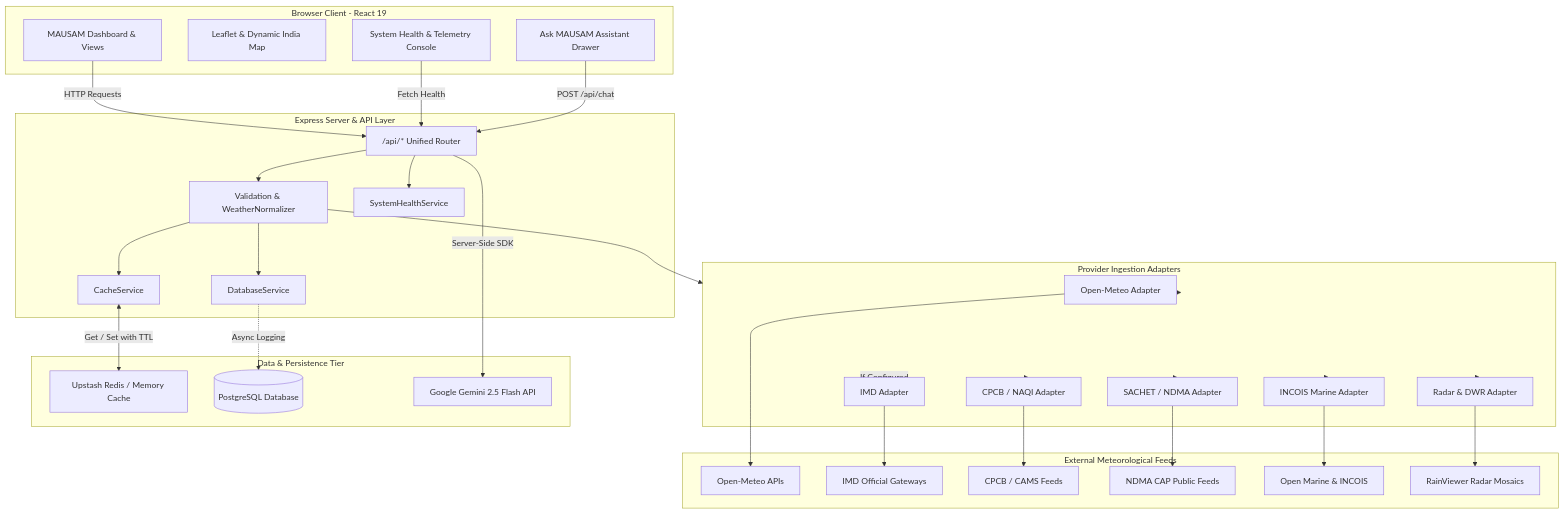
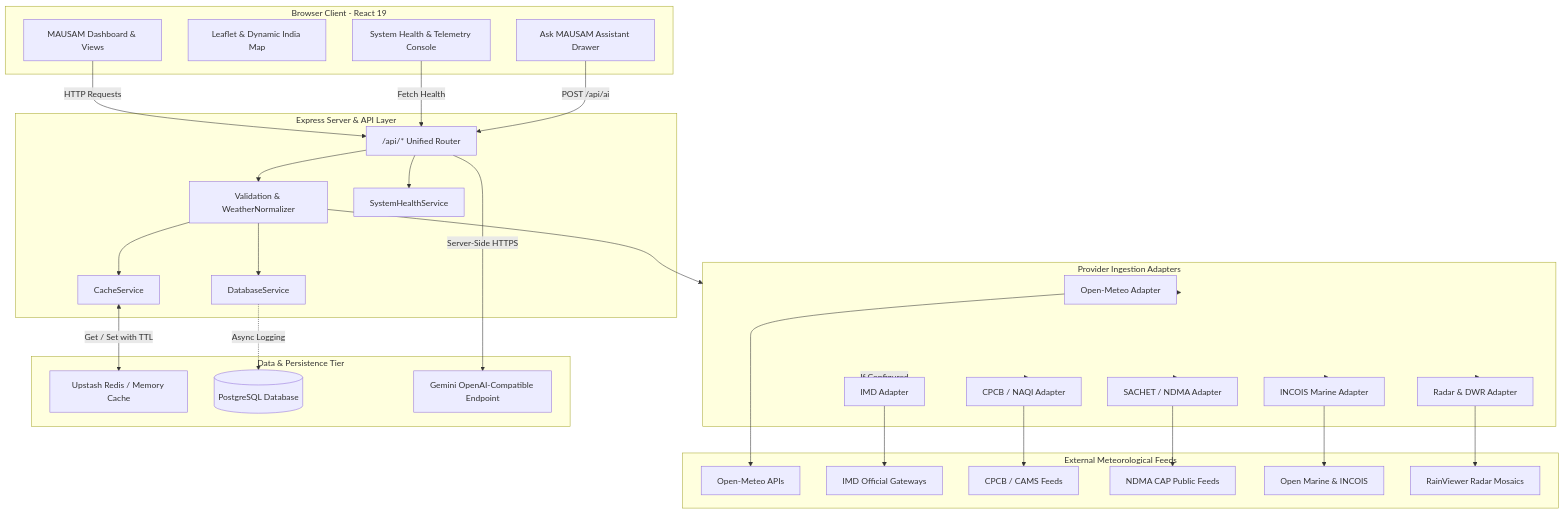
The diagram in README.md (codesbysayam/mausam_sih-26), drawn with Mermaid before and after one commit. The commit also changed other lines of this file and 49 other files, not shown here.

````diff
--- a/README.md
+++ b/README.md
@@ -131,64 +131,64 @@
 ```mermaid
 flowchart TD
     subgraph Client [Browser Client - React 19]
         UI[MAUSAM Dashboard & Views]
         Map[Leaflet & Dynamic India Map]
         Health[System Health & Telemetry Console]
         AskAI[Ask MAUSAM Assistant Drawer]
     end
 
     subgraph API_Layer [Express Server & API Layer]
         Router["/api/* Unified Router"]
         Norm[Validation & WeatherNormalizer]
         HealthSvc[SystemHealthService]
         CacheSvc[CacheService]
         DbSvc[DatabaseService]
     end
 
     subgraph Adapters [Provider Ingestion Adapters]
         OM[Open-Meteo Adapter]
         IMD_Adp[IMD Adapter]
         CPCB_Adp[CPCB / NAQI Adapter]
         SACHET_Adp[SACHET / NDMA Adapter]
         INCOIS_Adp[INCOIS Marine Adapter]
         RADAR_Adp[Radar & DWR Adapter]
     end
 
     subgraph External_Feeds [External Meteorological Feeds]
         E_OM[Open-Meteo APIs]
         E_IMD[IMD Official Gateways]
         E_CPCB[CPCB / CAMS Feeds]
         E_SACHET[NDMA CAP Public Feeds]
         E_INCOIS[Open Marine & INCOIS]
         E_RADAR[RainViewer Radar Mosaics]
     end
 
     subgraph Storage [Data & Persistence Tier]
         Redis[Upstash Redis / Memory Cache]
         Postgres[(PostgreSQL Database)]
-        Gemini[Google Gemini 2.5 Flash API]
+        Assistant[Gemini OpenAI-Compatible Endpoint]
     end
 
     UI -->|HTTP Requests| Router
     Health -->|Fetch Health| Router
-    AskAI -->|POST /api/chat| Router
+    AskAI -->|POST /api/ai| Router
 
     Router --> Norm
     Router --> HealthSvc
 
     Norm --> CacheSvc
     CacheSvc <-->|Get / Set with TTL| Redis
 
     Norm --> Adapters
     Adapters --> OM --> E_OM
     Adapters -.->|If Configured| IMD_Adp --> E_IMD
     Adapters --> CPCB_Adp --> E_CPCB
     Adapters --> SACHET_Adp --> E_SACHET
     Adapters --> INCOIS_Adp --> E_INCOIS
     Adapters --> RADAR_Adp --> E_RADAR
 
     Norm --> DbSvc
     DbSvc -.->|Async Logging| Postgres
 
-    Router -->|Server-Side SDK| Gemini
+    Router -->|Server-Side HTTPS| Assistant
 ```
````
